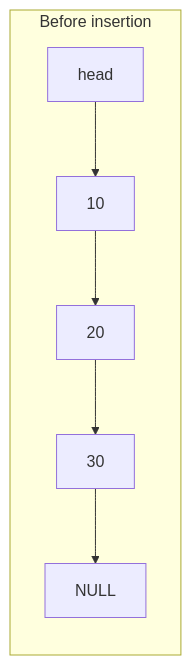
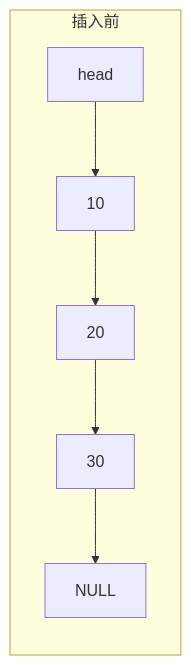
Before and after one commit to Awesome-Embedded-Learning-Studio/Tutorial_AwesomeModernCPP: the first of 4 diagrams in documents/en/vol1-fundamentals/c_tutorials/advanced_feature/06-handmade-linked-list.md, drawn with Mermaid. The commit also changed other lines of this file and 388 other files, not shown here.

````diff
--- a/documents/en/vol1-fundamentals/c_tutorials/advanced_feature/06-handmade-linked-list.md
+++ b/documents/en/vol1-fundamentals/c_tutorials/advanced_feature/06-handmade-linked-list.md
@@ -182,6 +188,6 @@
 ```mermaid
 graph LR
-    subgraph "Before insertion"
+    subgraph "插入前"
         H0["head"] --> N10a["10"] --> N20a["20"] --> N30a["30"] --> NULL0["NULL"]
     end
 ```
````
